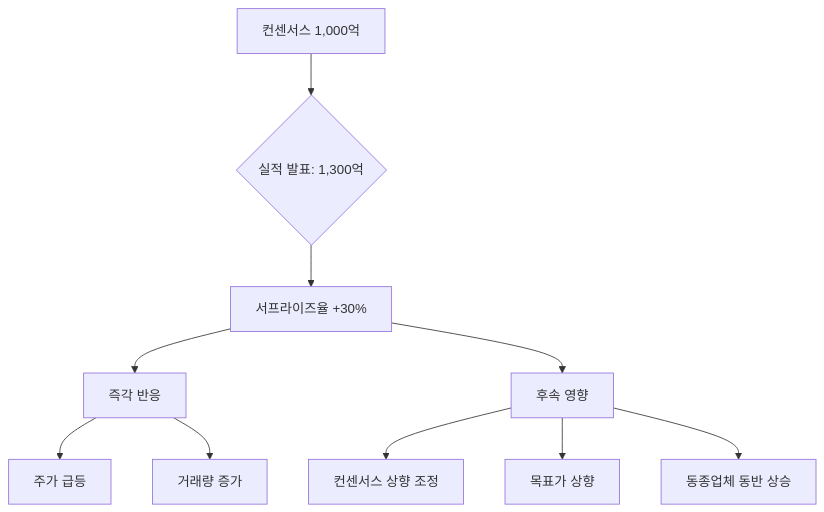
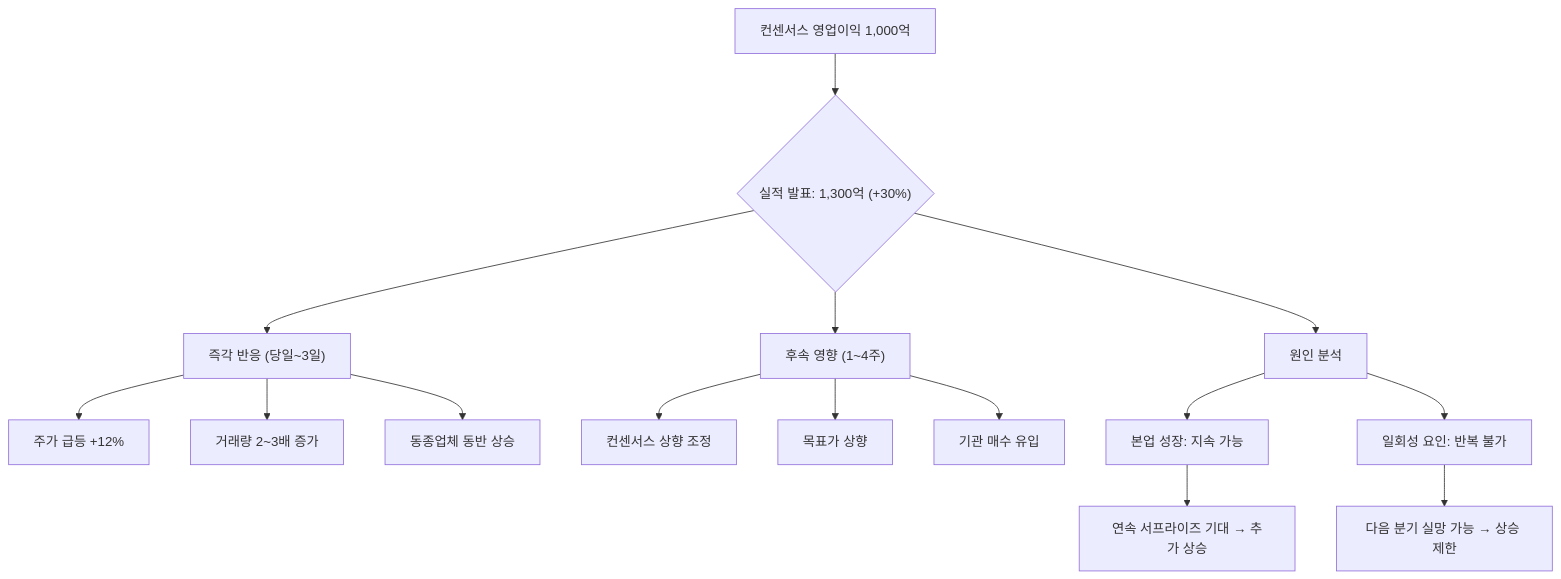
The diagram in content/stock-terms/ko/level-08-industry-macro/earnings-surprise.md (yeongseon/stock-visual-note), drawn with Mermaid before and after one commit. The commit also changed other lines of this file and 9 other files, not shown here.

Commit message:
content: rewrite level-08 (10 articles) — richer diagrams, realistic scenarios, blog tone

````diff
--- a/content/stock-terms/ko/level-08-industry-macro/earnings-surprise.md
+++ b/content/stock-terms/ko/level-08-industry-macro/earnings-surprise.md
@@ -42,12 +43,18 @@
 ```mermaid
 graph TD
-    A["컨센서스 1,000억"] --> B{"실적 발표: 1,300억"}
-    B --> C["서프라이즈율 +30%"]
-    C --> D["즉각 반응"]
-    C --> E["후속 영향"]
-    D --> D1["주가 급등"]
-    D --> D2["거래량 증가"]
-    E --> E1["컨센서스 상향 조정"]
-    E --> E2["목표가 상향"]
-    E --> E3["동종업체 동반 상승"]
+    A["컨센서스 영업이익 1,000억"]
+    A --> B{"실적 발표: 1,300억 (+30%)"}
+    B --> C["즉각 반응 (당일~3일)"]
+    B --> D["후속 영향 (1~4주)"]
+    B --> E["원인 분석"]
+    C --> C1["주가 급등 +12%"]
+    C --> C2["거래량 2~3배 증가"]
+    C --> C3["동종업체 동반 상승"]
+    D --> D1["컨센서스 상향 조정"]
+    D --> D2["목표가 상향"]
+    D --> D3["기관 매수 유입"]
+    E --> E1["본업 성장: 지속 가능"]
+    E --> E2["일회성 요인: 반복 불가"]
+    E1 --> F["연속 서프라이즈 기대 → 추가 상승"]
+    E2 --> G["다음 분기 실망 가능 → 상승 제한"]
 ```
````
